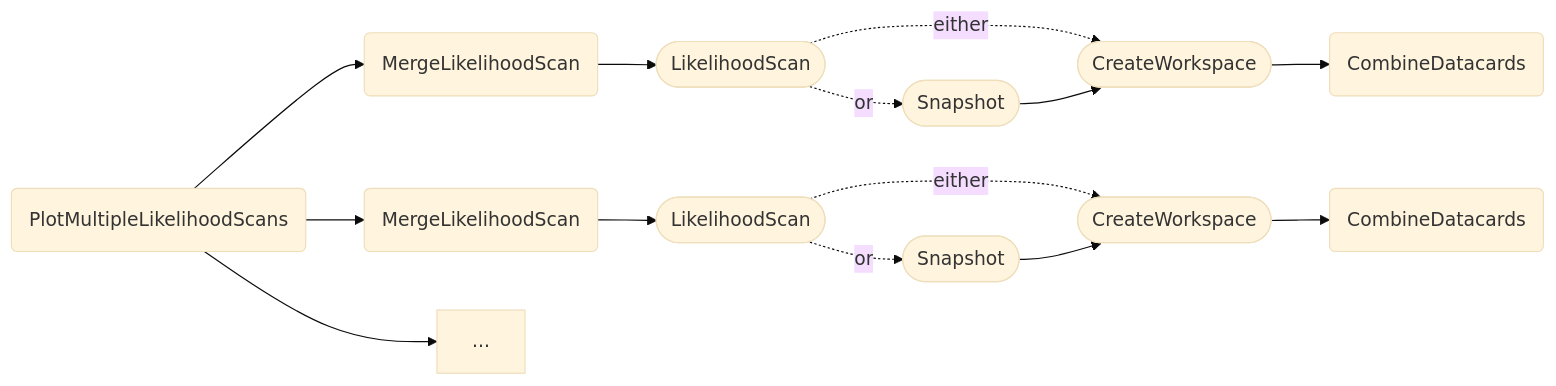
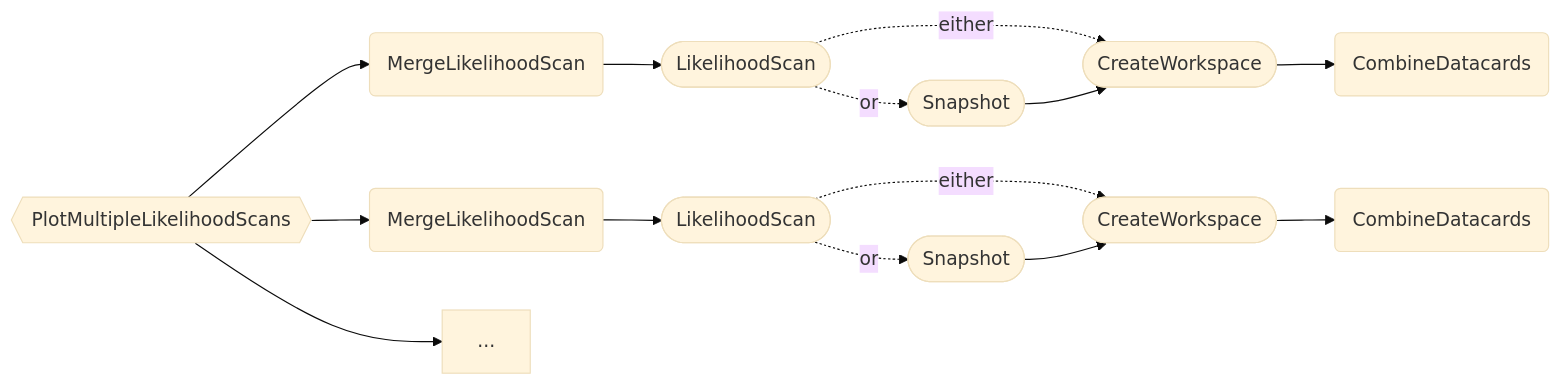
The second of 3 diagrams in docs/content/tasks/likelihood.md (cms-hh/inference_tools), drawn with Mermaid (base theme) before and after one commit. The commit also changed other lines of this file and 6 other files, not shown here.

````diff
--- a/docs/content/tasks/likelihood.md
+++ b/docs/content/tasks/likelihood.md
@@ -170,16 +171,16 @@
 ```mermaid
     graph LR;
-    A(PlotMultipleLikelihoodScans) --> B1(MergeLikelihoodScan);
+    A{{PlotMultipleLikelihoodScans}} --> B1(MergeLikelihoodScan);
     A --> B2(MergeLikelihoodScan);
     A --> ...;
     B1 --> C1([LikelihoodScan]);
     B2 --> C2([LikelihoodScan]);
     C1 -. either .-> D1([CreateWorkspace]);
     C2 -. either .-> D2([CreateWorkspace]);
     D1 --> E1(CombineDatacards);
     D2 --> E2(CombineDatacards);
     C1 -. or .-> F1([Snapshot]);
     C2 -. or .-> F2([Snapshot]);
     F1 --> D1;
     F2 --> D2;
 ```
````
